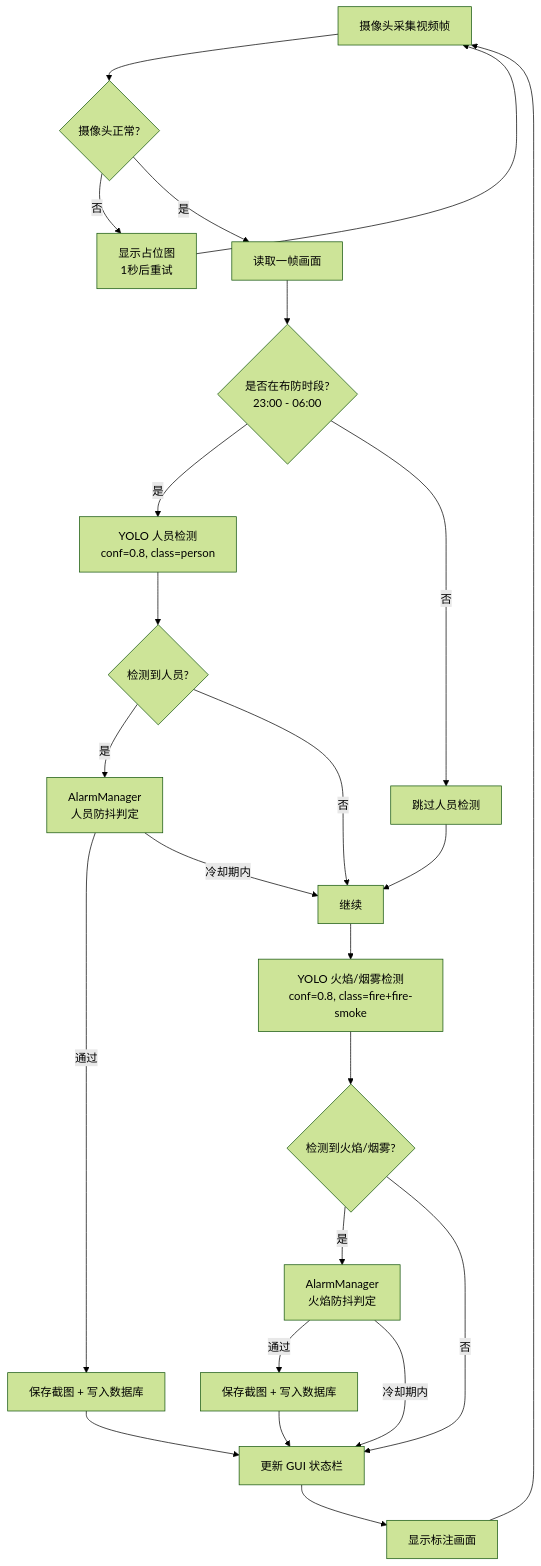
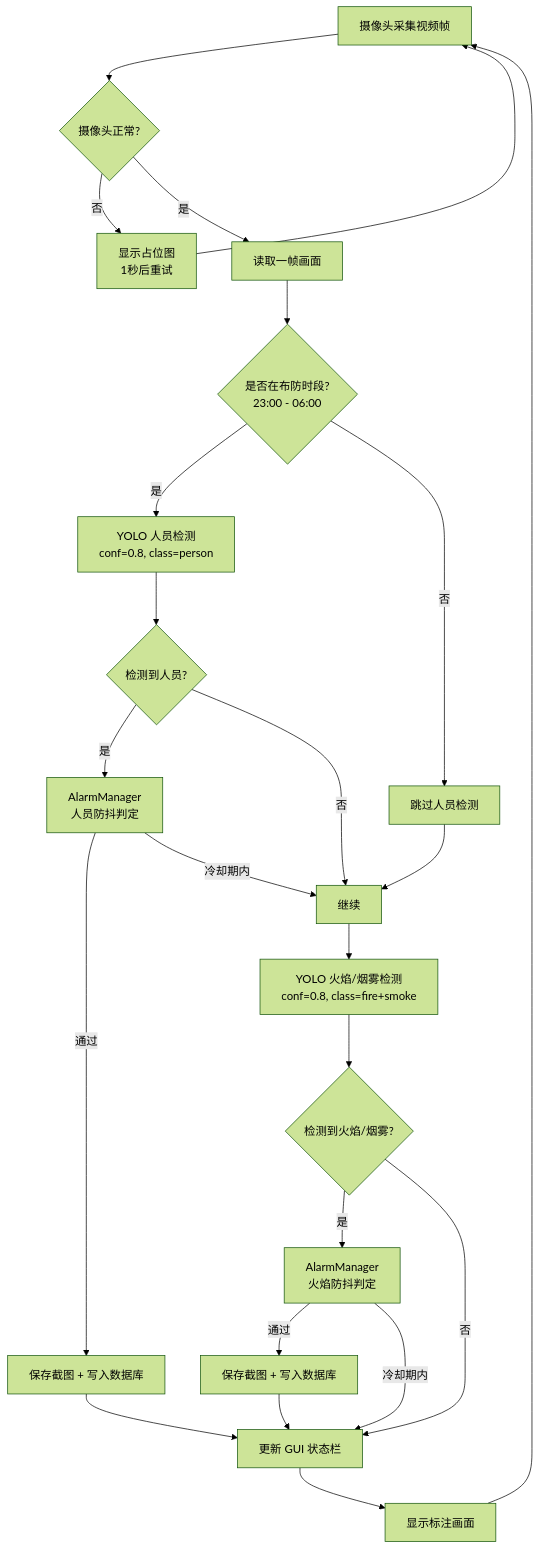
The first of 7 diagrams in docs/设计文档.md (jaso983/Home-Security-Monitor), drawn with Mermaid (forest theme) before and after one commit. The commit also changed other lines of this file and 531 other files, not shown here.

````diff
--- a/docs/设计文档.md
+++ b/docs/设计文档.md
@@ -32,26 +32,26 @@
 ```mermaid
 flowchart TD
     A[摄像头采集视频帧] --> B{摄像头正常?}
     B -->|否| C[显示占位图\n1秒后重试]
     C --> A
     B -->|是| D[读取一帧画面]
     D --> E{是否在布防时段?\n23:00 - 06:00}
     E -->|是| F[YOLO 人员检测\nconf=0.8, class=person]
     E -->|否| G[跳过人员检测]
     F --> H{检测到人员?}
     H -->|是| I[AlarmManager\n人员防抖判定]
     H -->|否| J[继续]
     I -->|通过| K[保存截图 + 写入数据库]
     I -->|冷却期内| J
     G --> J
-    J --> L[YOLO 火焰/烟雾检测\nconf=0.8, class=fire+fire-smoke]
+    J --> L[YOLO 火焰/烟雾检测\nconf=0.8, class=fire+smoke]
     L --> M{检测到火焰/烟雾?}
     M -->|是| N[AlarmManager\n火焰防抖判定]
     M -->|否| O[更新 GUI 状态栏]
     N -->|通过| P[保存截图 + 写入数据库]
     N -->|冷却期内| O
     K --> O
     P --> O
     O --> Q[显示标注画面]
     Q --> A
 ```
````
